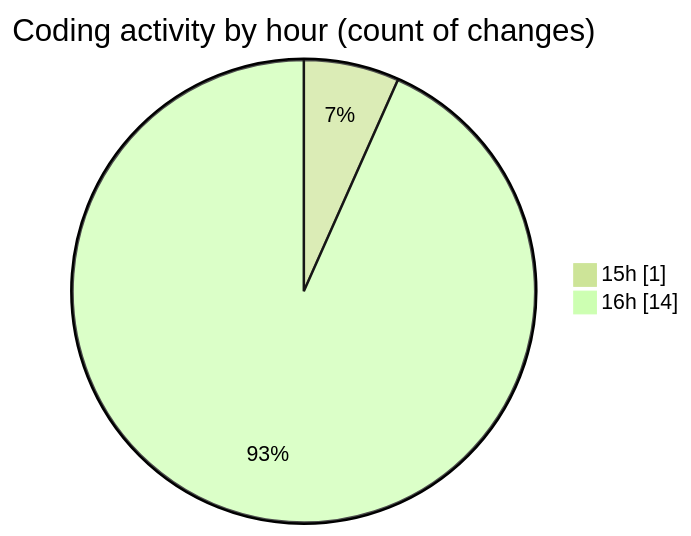
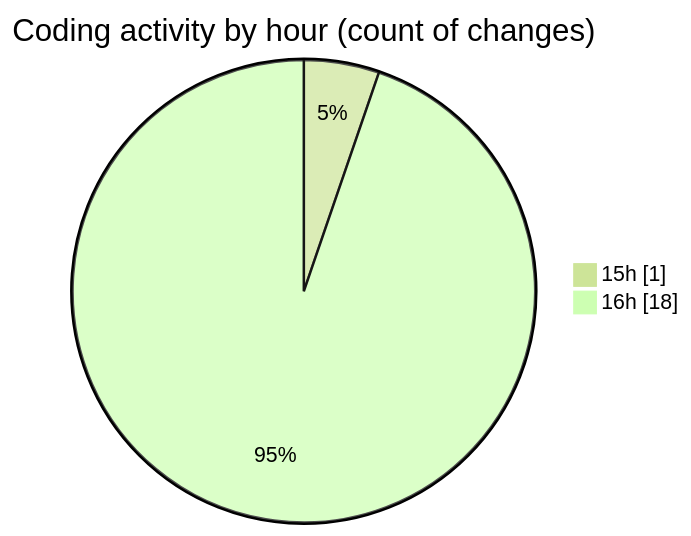
Before and after one commit to EIIisD/code-tracking: the second of 2 diagrams in 2025-07-21/fish/README.md, drawn with Mermaid (forest theme). The commit also changed other lines of this file and 1 other file, not shown here.

````diff
--- a/2025-07-21/fish/README.md
+++ b/2025-07-21/fish/README.md
@@ -33,6 +33,6 @@
 ```mermaid
 pie showData
 title Coding activity by hour (count of changes)
 "15h" : 1
-"16h" : 14
+"16h" : 18
 ```
````
